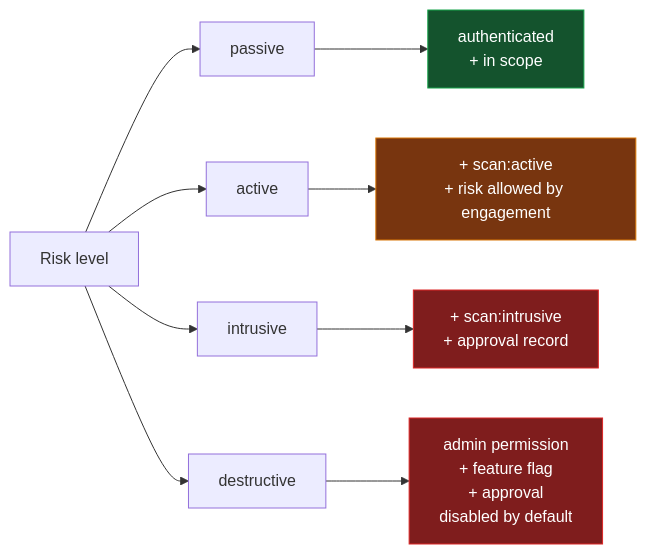
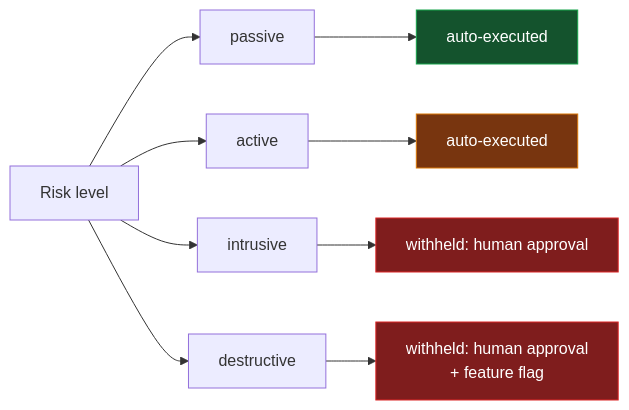
The fifth of 6 diagrams in docs/architecture.md (Arseno25/nexhunter), drawn with Mermaid before and after one commit. The commit also changed other lines of this file and 56 other files, not shown here.

````diff
--- a/docs/architecture.md
+++ b/docs/architecture.md
@@ -208,19 +165,19 @@
 ```mermaid
 flowchart LR
     R[Risk level] --> P[passive]
     R --> A[active]
     R --> I[intrusive]
     R --> X[destructive]
 
-    P --> P1[authenticated<br/>+ in scope]
-    A --> A1[+ scan:active<br/>+ risk allowed by engagement]
-    I --> I1[+ scan:intrusive<br/>+ approval record]
-    X --> X1[admin permission<br/>+ feature flag<br/>+ approval<br/>disabled by default]
+    P --> P1[auto-executed]
+    A --> A1[auto-executed]
+    I --> I1[withheld: human approval]
+    X --> X1[withheld: human approval<br/>+ feature flag]
 
     classDef low fill:#14532d,stroke:#16a34a,color:#fff
     classDef mid fill:#78350f,stroke:#d97706,color:#fff
     classDef high fill:#7f1d1d,stroke:#dc2626,color:#fff
     class P1 low
     class A1 mid
     class I1,X1 high
 ```
````
